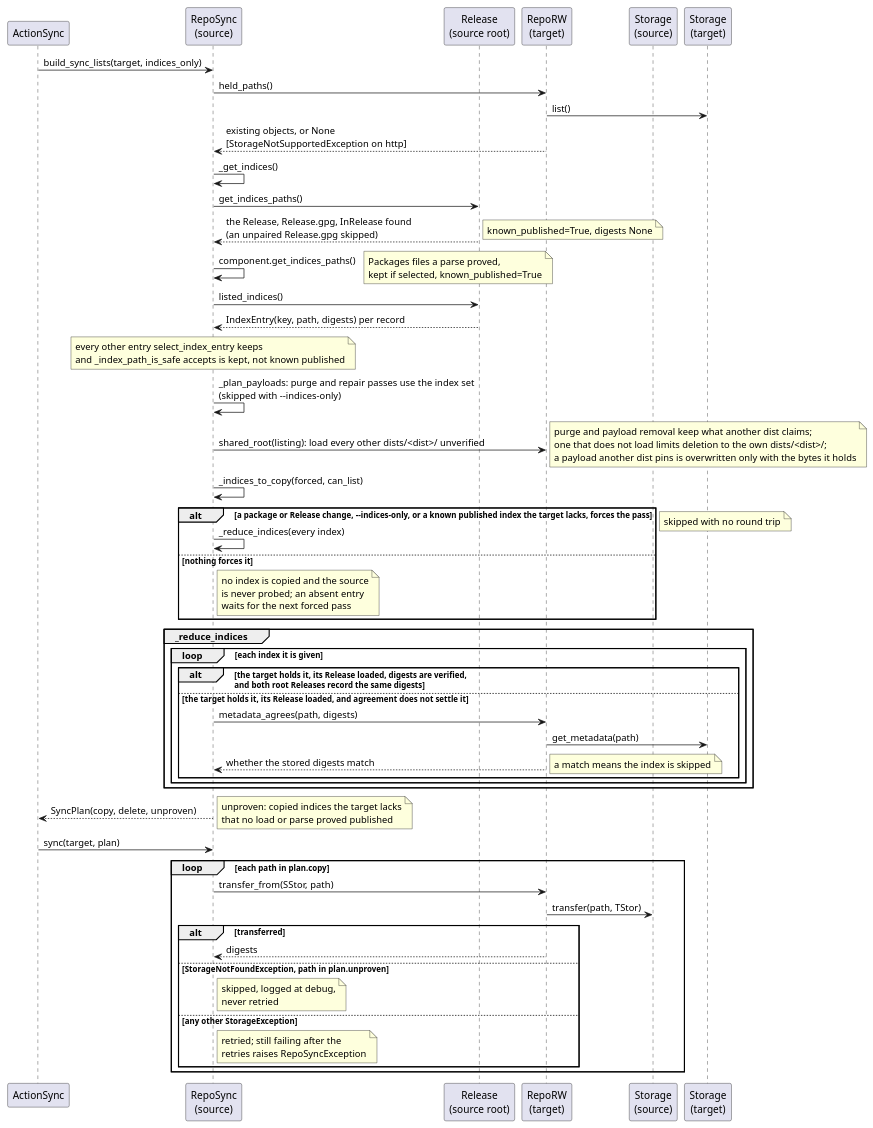
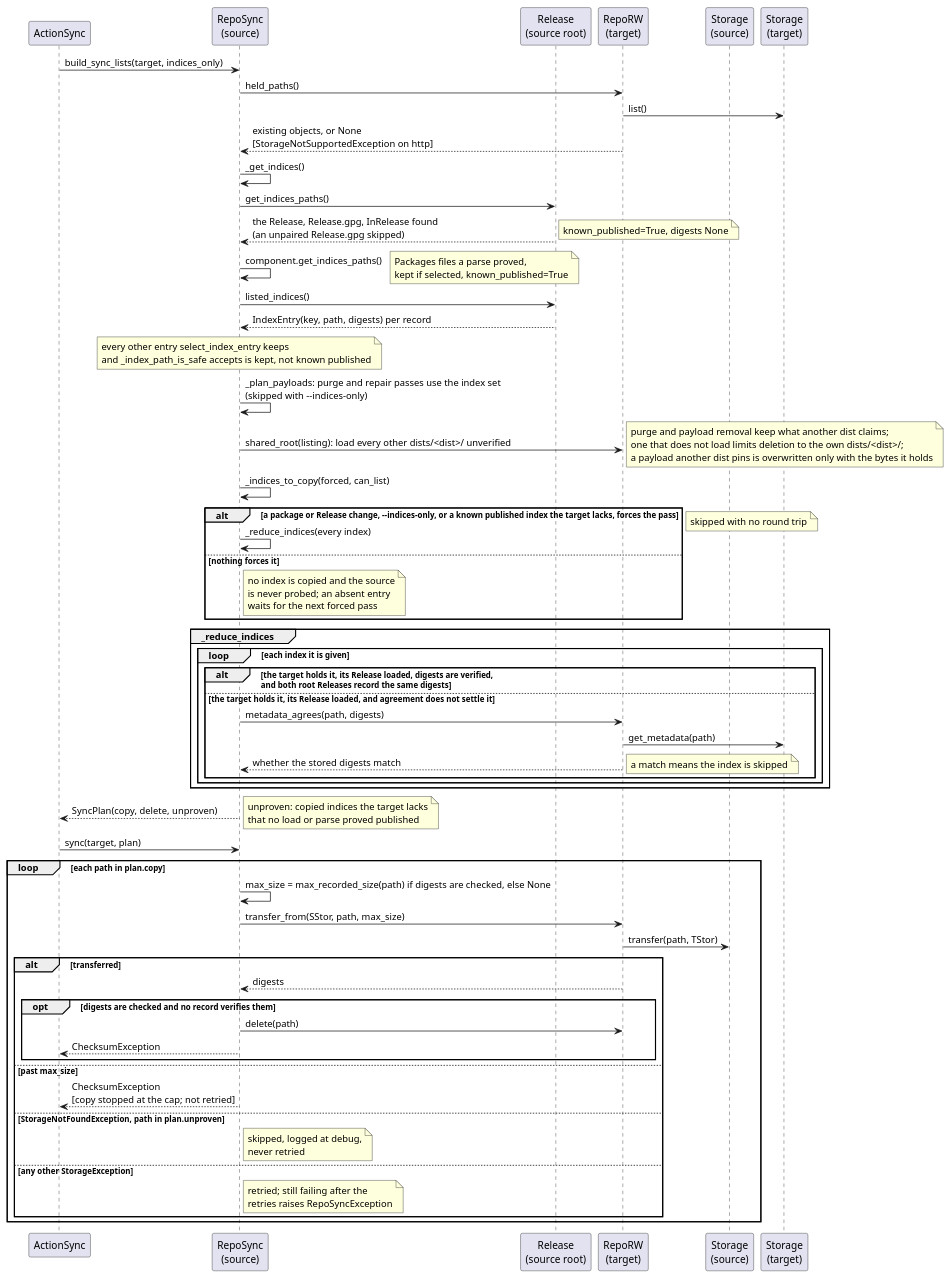
One commit to vinklat/debkit changed the diagram in docs/development/diagrams/repo-sync-indices-sequence.puml. Above: the diagram before and after it, drawn with PlantUML. The commit also changed 11 other files, not shown here.

```diff
--- a/docs/development/diagrams/repo-sync-indices-sequence.puml
+++ b/docs/development/diagrams/repo-sync-indices-sequence.puml
@@ -1,64 +1,71 @@
 @startuml
 participant ActionSync
 participant "RepoSync\n(source)" as Src
 participant "Release\n(source root)" as Rel
 participant "RepoRW\n(target)" as Tgt
 participant "Storage\n(source)" as SStor
 participant "Storage\n(target)" as TStor
 
 ActionSync -> Src: build_sync_lists(target, indices_only)
 Src -> Tgt: held_paths()
 Tgt -> TStor: list()
 Tgt --> Src: existing objects, or None\n[StorageNotSupportedException on http]
 
 Src -> Src: _get_indices()
 Src -> Rel: get_indices_paths()
 Rel --> Src: the Release, Release.gpg, InRelease found\n(an unpaired Release.gpg skipped)
 note right: known_published=True, digests None
 Src -> Src: component.get_indices_paths()
 note right: Packages files a parse proved,\nkept if selected, known_published=True
 Src -> Rel: listed_indices()
 Rel --> Src: IndexEntry(key, path, digests) per record
 
 note over Src: every other entry select_index_entry keeps\nand _index_path_is_safe accepts is kept, not known published
 
 Src -> Src: _plan_payloads: purge and repair passes use the index set\n(skipped with --indices-only)
 Src -> Tgt: shared_root(listing): load every other dists/<dist>/ unverified
 note right: purge and payload removal keep what another dist claims;\none that does not load limits deletion to the own dists/<dist>/;\na payload another dist pins is overwritten only with the bytes it holds
 
 Src -> Src: _indices_to_copy(forced, can_list)
 alt a package or Release change, --indices-only, or a known published index the target lacks, forces the pass
   Src -> Src: _reduce_indices(every index)
 else nothing forces it
   note right of Src: no index is copied and the source\nis never probed; an absent entry\nwaits for the next forced pass
 end
 
 group _reduce_indices
   loop each index it is given
     alt the target holds it, its Release loaded, digests are verified,\nand both root Releases record the same digests
       note right: skipped with no round trip
     else the target holds it, its Release loaded, and agreement does not settle it
       Src -> Tgt: metadata_agrees(path, digests)
       Tgt -> TStor: get_metadata(path)
       Tgt --> Src: whether the stored digests match
       note right: a match means the index is skipped
     end
   end
 end
 
 Src --> ActionSync: SyncPlan(copy, delete, unproven)
 note right: unproven: copied indices the target lacks\nthat no load or parse proved published
 
 ActionSync -> Src: sync(target, plan)
 loop each path in plan.copy
-  Src -> Tgt: transfer_from(SStor, path)
+  Src -> Src: max_size = max_recorded_size(path) if digests are checked, else None
+  Src -> Tgt: transfer_from(SStor, path, max_size)
   Tgt -> SStor: transfer(path, TStor)
   alt transferred
     Tgt --> Src: digests
+    opt digests are checked and no record verifies them
+      Src -> Tgt: delete(path)
+      Src --> ActionSync: ChecksumException
+    end
+  else past max_size
+    Src --> ActionSync: ChecksumException\n[copy stopped at the cap; not retried]
   else StorageNotFoundException, path in plan.unproven
     note right of Src: skipped, logged at debug,\nnever retried
   else any other StorageException
     note right of Src: retried; still failing after the\nretries raises RepoSyncException
   end
 end
 @enduml
```
